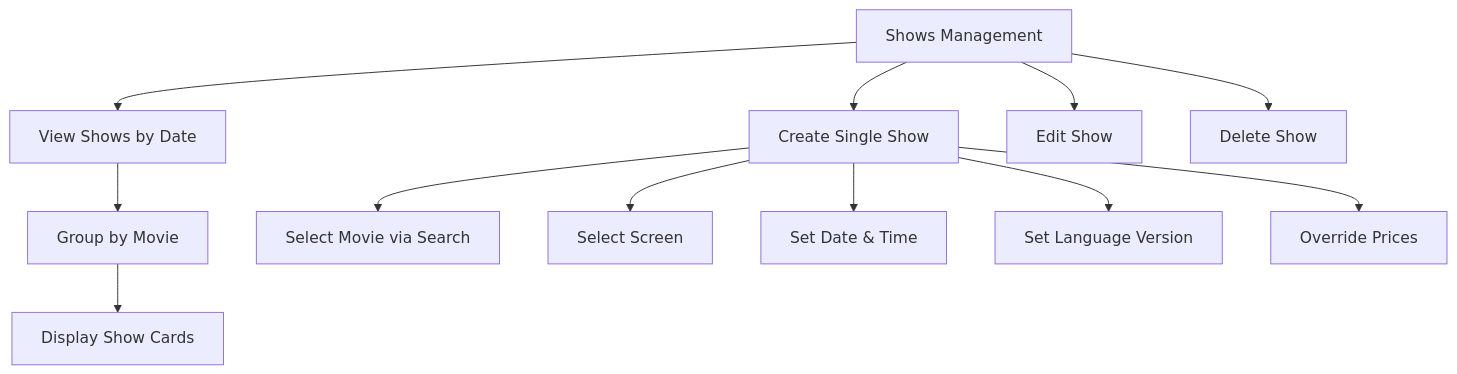
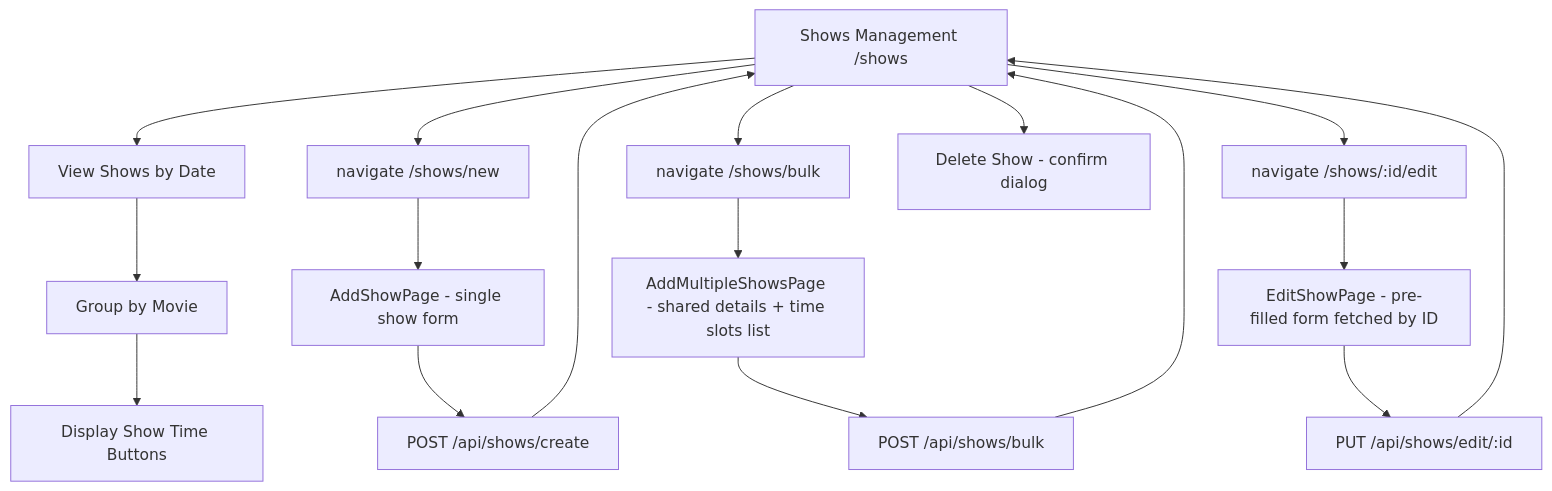
Before and after one commit to hduraimurugan/cinema-app-docs: the eighth of 15 diagrams in admin.md, drawn with Mermaid. The commit also changed other lines of this file and 1 other file, not shown here.

Commit message:
update: separate shows management routes and add new show pages with auto-fill features

````diff
--- a/admin.md
+++ b/admin.md
@@ -396,16 +407,23 @@
 ```mermaid
 flowchart TD
-    A[Shows Management] --> B[View Shows by Date]
-    A --> C[Create Single Show]
-    A --> E[Edit Show]
-    A --> F[Delete Show]
+    A[Shows Management /shows] --> B[View Shows by Date]
+    A --> C[navigate /shows/new]
+    A --> D[navigate /shows/bulk]
+    A --> E[navigate /shows/:id/edit]
+    A --> F[Delete Show - confirm dialog]
 
     B --> G[Group by Movie]
-    G --> H[Display Show Cards]
+    G --> H[Display Show Time Buttons]
 
-    C --> I[Select Movie via Search]
-    C --> J[Select Screen]
-    C --> K[Set Date & Time]
-    C --> L[Set Language Version]
-    C --> M[Override Prices]
+    C --> I[AddShowPage - single show form]
+    D --> J[AddMultipleShowsPage - shared details + time slots list]
+    E --> K[EditShowPage - pre-filled form fetched by ID]
+
+    I --> L[POST /api/shows/create]
+    J --> M[POST /api/shows/bulk]
+    K --> N[PUT /api/shows/edit/:id]
+
+    L --> A
+    M --> A
+    N --> A
 ```
````
